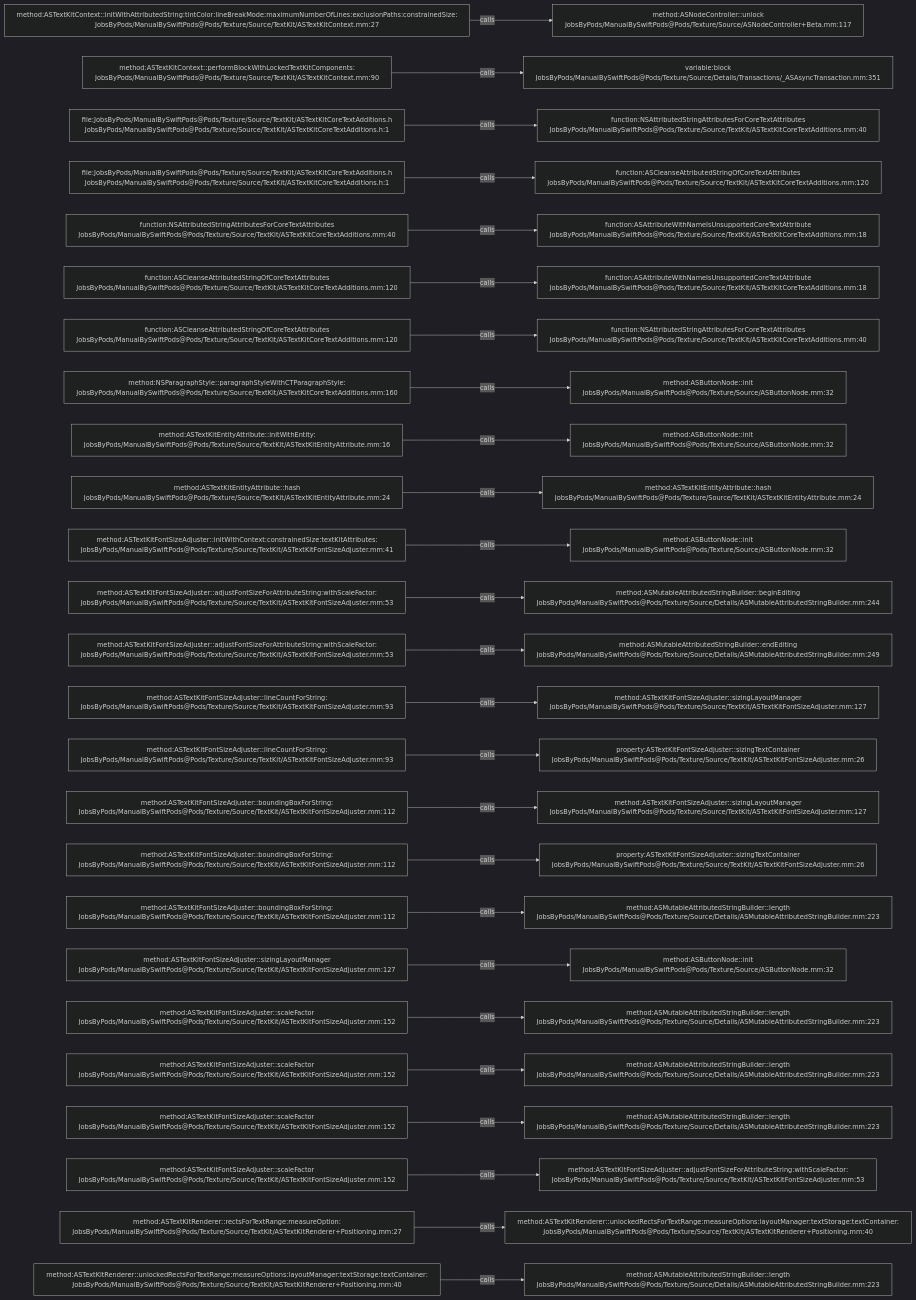
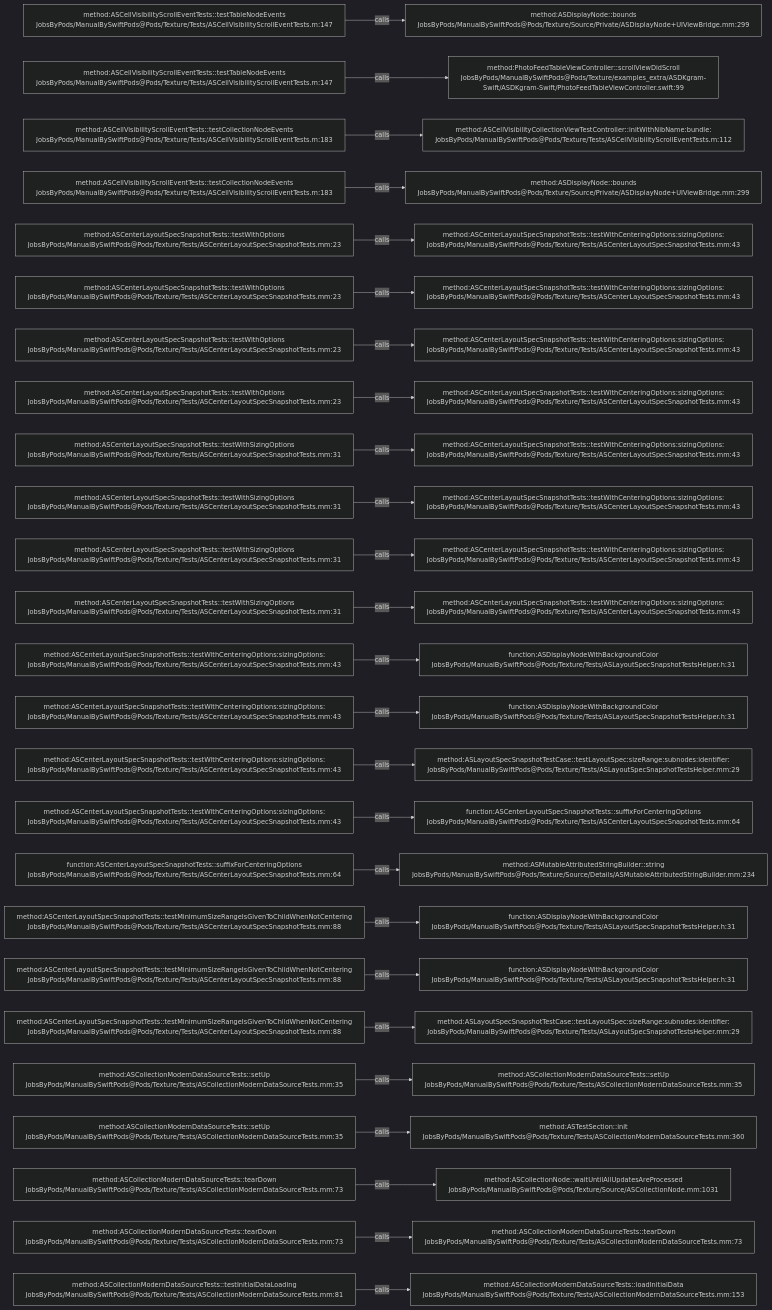
The diagram in .codegraph/codegraph.md/graphs/calls-167.md (JobsKits/JobsSwiftBaseConfigDemo), drawn with Mermaid (dark theme) before and after one commit. The commit also changed 832 other files, not shown here.

````diff
--- a/.codegraph/codegraph.md/graphs/calls-167.md
+++ b/.codegraph/codegraph.md/graphs/calls-167.md
@@ -13,78 +13,78 @@
 ```mermaid
 flowchart LR
-  S1["method:ASTextKitContext::initWithAttributedString:tintColor:lineBreakMode:maximumNumberOfLines:exclusionPaths:constrainedSize:<br/>JobsByPods/ManualBySwiftPods@Pods/Texture/Source/TextKit/ASTextKitContext.mm:27"]
-  T1["method:ASNodeController::unlock<br/>JobsByPods/ManualBySwiftPods@Pods/Texture/Source/ASNodeController+Beta.mm:117"]
+  S1["method:ASCellVisibilityScrollEventTests::testTableNodeEvents<br/>JobsByPods/ManualBySwiftPods@Pods/Texture/Tests/ASCellVisibilityScrollEventTests.m:147"]
+  T1["method:ASDisplayNode::bounds<br/>JobsByPods/ManualBySwiftPods@Pods/Texture/Source/Private/ASDisplayNode+UIViewBridge.mm:299"]
   S1 -->|calls| T1
-  S2["method:ASTextKitContext::performBlockWithLockedTextKitComponents:<br/>JobsByPods/ManualBySwiftPods@Pods/Texture/Source/TextKit/ASTextKitContext.mm:90"]
-  T2["variable:block<br/>JobsByPods/ManualBySwiftPods@Pods/Texture/Source/Details/Transactions/_ASAsyncTransaction.mm:351"]
+  S2["method:ASCellVisibilityScrollEventTests::testTableNodeEvents<br/>JobsByPods/ManualBySwiftPods@Pods/Texture/Tests/ASCellVisibilityScrollEventTests.m:147"]
+  T2["method:PhotoFeedTableViewController::scrollViewDidScroll<br/>JobsByPods/ManualBySwiftPods@Pods/Texture/examples_extra/ASDKgram-Swift/ASDKgram-Swift/PhotoFeedTableViewController.swift:99"]
   S2 -->|calls| T2
-  S3["file:JobsByPods/ManualBySwiftPods@Pods/Texture/Source/TextKit/ASTextKitCoreTextAdditions.h<br/>JobsByPods/ManualBySwiftPods@Pods/Texture/Source/TextKit/ASTextKitCoreTextAdditions.h:1"]
-  T3["function:NSAttributedStringAttributesForCoreTextAttributes<br/>JobsByPods/ManualBySwiftPods@Pods/Texture/Source/TextKit/ASTextKitCoreTextAdditions.mm:40"]
+  S3["method:ASCellVisibilityScrollEventTests::testCollectionNodeEvents<br/>JobsByPods/ManualBySwiftPods@Pods/Texture/Tests/ASCellVisibilityScrollEventTests.m:183"]
+  T3["method:ASCellVisibilityCollectionViewTestController::initWithNibName:bundle:<br/>JobsByPods/ManualBySwiftPods@Pods/Texture/Tests/ASCellVisibilityScrollEventTests.m:112"]
   S3 -->|calls| T3
-  S4["file:JobsByPods/ManualBySwiftPods@Pods/Texture/Source/TextKit/ASTextKitCoreTextAdditions.h<br/>JobsByPods/ManualBySwiftPods@Pods/Texture/Source/TextKit/ASTextKitCoreTextAdditions.h:1"]
-  T4["function:ASCleanseAttributedStringOfCoreTextAttributes<br/>JobsByPods/ManualBySwiftPods@Pods/Texture/Source/TextKit/ASTextKitCoreTextAdditions.mm:120"]
+  S4["method:ASCellVisibilityScrollEventTests::testCollectionNodeEvents<br/>JobsByPods/ManualBySwiftPods@Pods/Texture/Tests/ASCellVisibilityScrollEventTests.m:183"]
+  T4["method:ASDisplayNode::bounds<br/>JobsByPods/ManualBySwiftPods@Pods/Texture/Source/Private/ASDisplayNode+UIViewBridge.mm:299"]
   S4 -->|calls| T4
-  S5["function:NSAttributedStringAttributesForCoreTextAttributes<br/>JobsByPods/ManualBySwiftPods@Pods/Texture/Source/TextKit/ASTextKitCoreTextAdditions.mm:40"]
-  T5["function:ASAttributeWithNameIsUnsupportedCoreTextAttribute<br/>JobsByPods/ManualBySwiftPods@Pods/Texture/Source/TextKit/ASTextKitCoreTextAdditions.mm:18"]
+  S5["method:ASCenterLayoutSpecSnapshotTests::testWithOptions<br/>JobsByPods/ManualBySwiftPods@Pods/Texture/Tests/ASCenterLayoutSpecSnapshotTests.mm:23"]
+  T5["method:ASCenterLayoutSpecSnapshotTests::testWithCenteringOptions:sizingOptions:<br/>JobsByPods/ManualBySwiftPods@Pods/Texture/Tests/ASCenterLayoutSpecSnapshotTests.mm:43"]
   S5 -->|calls| T5
-  S6["function:ASCleanseAttributedStringOfCoreTextAttributes<br/>JobsByPods/ManualBySwiftPods@Pods/Texture/Source/TextKit/ASTextKitCoreTextAdditions.mm:120"]
-  T6["function:ASAttributeWithNameIsUnsupportedCoreTextAttribute<br/>JobsByPods/ManualBySwiftPods@Pods/Texture/Source/TextKit/ASTextKitCoreTextAdditions.mm:18"]
+  S6["method:ASCenterLayoutSpecSnapshotTests::testWithOptions<br/>JobsByPods/ManualBySwiftPods@Pods/Texture/Tests/ASCenterLayoutSpecSnapshotTests.mm:23"]
+  T6["method:ASCenterLayoutSpecSnapshotTests::testWithCenteringOptions:sizingOptions:<br/>JobsByPods/ManualBySwiftPods@Pods/Texture/Tests/ASCenterLayoutSpecSnapshotTests.mm:43"]
   S6 -->|calls| T6
-  S7["function:ASCleanseAttributedStringOfCoreTextAttributes<br/>JobsByPods/ManualBySwiftPods@Pods/Texture/Source/TextKit/ASTextKitCoreTextAdditions.mm:120"]
-  T7["function:NSAttributedStringAttributesForCoreTextAttributes<br/>JobsByPods/ManualBySwiftPods@Pods/Texture/Source/TextKit/ASTextKitCoreTextAdditions.mm:40"]
+  S7["method:ASCenterLayoutSpecSnapshotTests::testWithOptions<br/>JobsByPods/ManualBySwiftPods@Pods/Texture/Tests/ASCenterLayoutSpecSnapshotTests.mm:23"]
+  T7["method:ASCenterLayoutSpecSnapshotTests::testWithCenteringOptions:sizingOptions:<br/>JobsByPods/ManualBySwiftPods@Pods/Texture/Tests/ASCenterLayoutSpecSnapshotTests.mm:43"]
   S7 -->|calls| T7
-  S8["method:NSParagraphStyle::paragraphStyleWithCTParagraphStyle:<br/>JobsByPods/ManualBySwiftPods@Pods/Texture/Source/TextKit/ASTextKitCoreTextAdditions.mm:160"]
-  T8["method:ASButtonNode::init<br/>JobsByPods/ManualBySwiftPods@Pods/Texture/Source/ASButtonNode.mm:32"]
+  S8["method:ASCenterLayoutSpecSnapshotTests::testWithOptions<br/>JobsByPods/ManualBySwiftPods@Pods/Texture/Tests/ASCenterLayoutSpecSnapshotTests.mm:23"]
+  T8["method:ASCenterLayoutSpecSnapshotTests::testWithCenteringOptions:sizingOptions:<br/>JobsByPods/ManualBySwiftPods@Pods/Texture/Tests/ASCenterLayoutSpecSnapshotTests.mm:43"]
   S8 -->|calls| T8
-  S9["method:ASTextKitEntityAttribute::initWithEntity:<br/>JobsByPods/ManualBySwiftPods@Pods/Texture/Source/TextKit/ASTextKitEntityAttribute.mm:16"]
-  T9["method:ASButtonNode::init<br/>JobsByPods/ManualBySwiftPods@Pods/Texture/Source/ASButtonNode.mm:32"]
+  S9["method:ASCenterLayoutSpecSnapshotTests::testWithSizingOptions<br/>JobsByPods/ManualBySwiftPods@Pods/Texture/Tests/ASCenterLayoutSpecSnapshotTests.mm:31"]
+  T9["method:ASCenterLayoutSpecSnapshotTests::testWithCenteringOptions:sizingOptions:<br/>JobsByPods/ManualBySwiftPods@Pods/Texture/Tests/ASCenterLayoutSpecSnapshotTests.mm:43"]
   S9 -->|calls| T9
-  S10["method:ASTextKitEntityAttribute::hash<br/>JobsByPods/ManualBySwiftPods@Pods/Texture/Source/TextKit/ASTextKitEntityAttribute.mm:24"]
-  T10["method:ASTextKitEntityAttribute::hash<br/>JobsByPods/ManualBySwiftPods@Pods/Texture/Source/TextKit/ASTextKitEntityAttribute.mm:24"]
+  S10["method:ASCenterLayoutSpecSnapshotTests::testWithSizingOptions<br/>JobsByPods/ManualBySwiftPods@Pods/Texture/Tests/ASCenterLayoutSpecSnapshotTests.mm:31"]
+  T10["method:ASCenterLayoutSpecSnapshotTests::testWithCenteringOptions:sizingOptions:<br/>JobsByPods/ManualBySwiftPods@Pods/Texture/Tests/ASCenterLayoutSpecSnapshotTests.mm:43"]
   S10 -->|calls| T10
-  S11["method:ASTextKitFontSizeAdjuster::initWithContext:constrainedSize:textKitAttributes:<br/>JobsByPods/ManualBySwiftPods@Pods/Texture/Source/TextKit/ASTextKitFontSizeAdjuster.mm:41"]
-  T11["method:ASButtonNode::init<br/>JobsByPods/ManualBySwiftPods@Pods/Texture/Source/ASButtonNode.mm:32"]
+  S11["method:ASCenterLayoutSpecSnapshotTests::testWithSizingOptions<br/>JobsByPods/ManualBySwiftPods@Pods/Texture/Tests/ASCenterLayoutSpecSnapshotTests.mm:31"]
+  T11["method:ASCenterLayoutSpecSnapshotTests::testWithCenteringOptions:sizingOptions:<br/>JobsByPods/ManualBySwiftPods@Pods/Texture/Tests/ASCenterLayoutSpecSnapshotTests.mm:43"]
   S11 -->|calls| T11
-  S12["method:ASTextKitFontSizeAdjuster::adjustFontSizeForAttributeString:withScaleFactor:<br/>JobsByPods/ManualBySwiftPods@Pods/Texture/Source/TextKit/ASTextKitFontSizeAdjuster.mm:53"]
-  T12["method:ASMutableAttributedStringBuilder::beginEditing<br/>JobsByPods/ManualBySwiftPods@Pods/Texture/Source/Details/ASMutableAttributedStringBuilder.mm:244"]
+  S12["method:ASCenterLayoutSpecSnapshotTests::testWithSizingOptions<br/>JobsByPods/ManualBySwiftPods@Pods/Texture/Tests/ASCenterLayoutSpecSnapshotTests.mm:31"]
+  T12["method:ASCenterLayoutSpecSnapshotTests::testWithCenteringOptions:sizingOptions:<br/>JobsByPods/ManualBySwiftPods@Pods/Texture/Tests/ASCenterLayoutSpecSnapshotTests.mm:43"]
   S12 -->|calls| T12
-  S13["method:ASTextKitFontSizeAdjuster::adjustFontSizeForAttributeString:withScaleFactor:<br/>JobsByPods/ManualBySwiftPods@Pods/Texture/Source/TextKit/ASTextKitFontSizeAdjuster.mm:53"]
-  T13["method:ASMutableAttributedStringBuilder::endEditing<br/>JobsByPods/ManualBySwiftPods@Pods/Texture/Source/Details/ASMutableAttributedStringBuilder.mm:249"]
+  S13["method:ASCenterLayoutSpecSnapshotTests::testWithCenteringOptions:sizingOptions:<br/>JobsByPods/ManualBySwiftPods@Pods/Texture/Tests/ASCenterLayoutSpecSnapshotTests.mm:43"]
+  T13["function:ASDisplayNodeWithBackgroundColor<br/>JobsByPods/ManualBySwiftPods@Pods/Texture/Tests/ASLayoutSpecSnapshotTestsHelper.h:31"]
   S13 -->|calls| T13
-  S14["method:ASTextKitFontSizeAdjuster::lineCountForString:<br/>JobsByPods/ManualBySwiftPods@Pods/Texture/Source/TextKit/ASTextKitFontSizeAdjuster.mm:93"]
-  T14["method:ASTextKitFontSizeAdjuster::sizingLayoutManager<br/>JobsByPods/ManualBySwiftPods@Pods/Texture/Source/TextKit/ASTextKitFontSizeAdjuster.mm:127"]
+  S14["method:ASCenterLayoutSpecSnapshotTests::testWithCenteringOptions:sizingOptions:<br/>JobsByPods/ManualBySwiftPods@Pods/Texture/Tests/ASCenterLayoutSpecSnapshotTests.mm:43"]
+  T14["function:ASDisplayNodeWithBackgroundColor<br/>JobsByPods/ManualBySwiftPods@Pods/Texture/Tests/ASLayoutSpecSnapshotTestsHelper.h:31"]
   S14 -->|calls| T14
-  S15["method:ASTextKitFontSizeAdjuster::lineCountForString:<br/>JobsByPods/ManualBySwiftPods@Pods/Texture/Source/TextKit/ASTextKitFontSizeAdjuster.mm:93"]
-  T15["property:ASTextKitFontSizeAdjuster::sizingTextContainer<br/>JobsByPods/ManualBySwiftPods@Pods/Texture/Source/TextKit/ASTextKitFontSizeAdjuster.mm:26"]
+  S15["method:ASCenterLayoutSpecSnapshotTests::testWithCenteringOptions:sizingOptions:<br/>JobsByPods/ManualBySwiftPods@Pods/Texture/Tests/ASCenterLayoutSpecSnapshotTests.mm:43"]
+  T15["method:ASLayoutSpecSnapshotTestCase::testLayoutSpec:sizeRange:subnodes:identifier:<br/>JobsByPods/ManualBySwiftPods@Pods/Texture/Tests/ASLayoutSpecSnapshotTestsHelper.mm:29"]
   S15 -->|calls| T15
-  S16["method:ASTextKitFontSizeAdjuster::boundingBoxForString:<br/>JobsByPods/ManualBySwiftPods@Pods/Texture/Source/TextKit/ASTextKitFontSizeAdjuster.mm:112"]
-  T16["method:ASTextKitFontSizeAdjuster::sizingLayoutManager<br/>JobsByPods/ManualBySwiftPods@Pods/Texture/Source/TextKit/ASTextKitFontSizeAdjuster.mm:127"]
+  S16["method:ASCenterLayoutSpecSnapshotTests::testWithCenteringOptions:sizingOptions:<br/>JobsByPods/ManualBySwiftPods@Pods/Texture/Tests/ASCenterLayoutSpecSnapshotTests.mm:43"]
+  T16["function:ASCenterLayoutSpecSnapshotTests::suffixForCenteringOptions<br/>JobsByPods/ManualBySwiftPods@Pods/Texture/Tests/ASCenterLayoutSpecSnapshotTests.mm:64"]
   S16 -->|calls| T16
-  S17["method:ASTextKitFontSizeAdjuster::boundingBoxForString:<br/>JobsByPods/ManualBySwiftPods@Pods/Texture/Source/TextKit/ASTextKitFontSizeAdjuster.mm:112"]
-  T17["property:ASTextKitFontSizeAdjuster::sizingTextContainer<br/>JobsByPods/ManualBySwiftPods@Pods/Texture/Source/TextKit/ASTextKitFontSizeAdjuster.mm:26"]
+  S17["function:ASCenterLayoutSpecSnapshotTests::suffixForCenteringOptions<br/>JobsByPods/ManualBySwiftPods@Pods/Texture/Tests/ASCenterLayoutSpecSnapshotTests.mm:64"]
+  T17["method:ASMutableAttributedStringBuilder::string<br/>JobsByPods/ManualBySwiftPods@Pods/Texture/Source/Details/ASMutableAttributedStringBuilder.mm:234"]
   S17 -->|calls| T17
-  S18["method:ASTextKitFontSizeAdjuster::boundingBoxForString:<br/>JobsByPods/ManualBySwiftPods@Pods/Texture/Source/TextKit/ASTextKitFontSizeAdjuster.mm:112"]
-  T18["method:ASMutableAttributedStringBuilder::length<br/>JobsByPods/ManualBySwiftPods@Pods/Texture/Source/Details/ASMutableAttributedStringBuilder.mm:223"]
+  S18["method:ASCenterLayoutSpecSnapshotTests::testMinimumSizeRangeIsGivenToChildWhenNotCentering<br/>JobsByPods/ManualBySwiftPods@Pods/Texture/Tests/ASCenterLayoutSpecSnapshotTests.mm:88"]
+  T18["function:ASDisplayNodeWithBackgroundColor<br/>JobsByPods/ManualBySwiftPods@Pods/Texture/Tests/ASLayoutSpecSnapshotTestsHelper.h:31"]
   S18 -->|calls| T18
-  S19["method:ASTextKitFontSizeAdjuster::sizingLayoutManager<br/>JobsByPods/ManualBySwiftPods@Pods/Texture/Source/TextKit/ASTextKitFontSizeAdjuster.mm:127"]
-  T19["method:ASButtonNode::init<br/>JobsByPods/ManualBySwiftPods@Pods/Texture/Source/ASButtonNode.mm:32"]
+  S19["method:ASCenterLayoutSpecSnapshotTests::testMinimumSizeRangeIsGivenToChildWhenNotCentering<br/>JobsByPods/ManualBySwiftPods@Pods/Texture/Tests/ASCenterLayoutSpecSnapshotTests.mm:88"]
+  T19["function:ASDisplayNodeWithBackgroundColor<br/>JobsByPods/ManualBySwiftPods@Pods/Texture/Tests/ASLayoutSpecSnapshotTestsHelper.h:31"]
   S19 -->|calls| T19
-  S20["method:ASTextKitFontSizeAdjuster::scaleFactor<br/>JobsByPods/ManualBySwiftPods@Pods/Texture/Source/TextKit/ASTextKitFontSizeAdjuster.mm:152"]
-  T20["method:ASMutableAttributedStringBuilder::length<br/>JobsByPods/ManualBySwiftPods@Pods/Texture/Source/Details/ASMutableAttributedStringBuilder.mm:223"]
+  S20["method:ASCenterLayoutSpecSnapshotTests::testMinimumSizeRangeIsGivenToChildWhenNotCentering<br/>JobsByPods/ManualBySwiftPods@Pods/Texture/Tests/ASCenterLayoutSpecSnapshotTests.mm:88"]
+  T20["method:ASLayoutSpecSnapshotTestCase::testLayoutSpec:sizeRange:subnodes:identifier:<br/>JobsByPods/ManualBySwiftPods@Pods/Texture/Tests/ASLayoutSpecSnapshotTestsHelper.mm:29"]
   S20 -->|calls| T20
-  S21["method:ASTextKitFontSizeAdjuster::scaleFactor<br/>JobsByPods/ManualBySwiftPods@Pods/Texture/Source/TextKit/ASTextKitFontSizeAdjuster.mm:152"]
-  T21["method:ASMutableAttributedStringBuilder::length<br/>JobsByPods/ManualBySwiftPods@Pods/Texture/Source/Details/ASMutableAttributedStringBuilder.mm:223"]
+  S21["method:ASCollectionModernDataSourceTests::setUp<br/>JobsByPods/ManualBySwiftPods@Pods/Texture/Tests/ASCollectionModernDataSourceTests.mm:35"]
+  T21["method:ASCollectionModernDataSourceTests::setUp<br/>JobsByPods/ManualBySwiftPods@Pods/Texture/Tests/ASCollectionModernDataSourceTests.mm:35"]
   S21 -->|calls| T21
-  S22["method:ASTextKitFontSizeAdjuster::scaleFactor<br/>JobsByPods/ManualBySwiftPods@Pods/Texture/Source/TextKit/ASTextKitFontSizeAdjuster.mm:152"]
-  T22["method:ASMutableAttributedStringBuilder::length<br/>JobsByPods/ManualBySwiftPods@Pods/Texture/Source/Details/ASMutableAttributedStringBuilder.mm:223"]
+  S22["method:ASCollectionModernDataSourceTests::setUp<br/>JobsByPods/ManualBySwiftPods@Pods/Texture/Tests/ASCollectionModernDataSourceTests.mm:35"]
+  T22["method:ASTestSection::init<br/>JobsByPods/ManualBySwiftPods@Pods/Texture/Tests/ASCollectionModernDataSourceTests.mm:360"]
   S22 -->|calls| T22
-  S23["method:ASTextKitFontSizeAdjuster::scaleFactor<br/>JobsByPods/ManualBySwiftPods@Pods/Texture/Source/TextKit/ASTextKitFontSizeAdjuster.mm:152"]
-  T23["method:ASTextKitFontSizeAdjuster::adjustFontSizeForAttributeString:withScaleFactor:<br/>JobsByPods/ManualBySwiftPods@Pods/Texture/Source/TextKit/ASTextKitFontSizeAdjuster.mm:53"]
+  S23["method:ASCollectionModernDataSourceTests::tearDown<br/>JobsByPods/ManualBySwiftPods@Pods/Texture/Tests/ASCollectionModernDataSourceTests.mm:73"]
+  T23["method:ASCollectionNode::waitUntilAllUpdatesAreProcessed<br/>JobsByPods/ManualBySwiftPods@Pods/Texture/Source/ASCollectionNode.mm:1031"]
   S23 -->|calls| T23
-  S24["method:ASTextKitRenderer::rectsForTextRange:measureOption:<br/>JobsByPods/ManualBySwiftPods@Pods/Texture/Source/TextKit/ASTextKitRenderer+Positioning.mm:27"]
-  T24["method:ASTextKitRenderer::unlockedRectsForTextRange:measureOptions:layoutManager:textStorage:textContainer:<br/>JobsByPods/ManualBySwiftPods@Pods/Texture/Source/TextKit/ASTextKitRenderer+Positioning.mm:40"]
+  S24["method:ASCollectionModernDataSourceTests::tearDown<br/>JobsByPods/ManualBySwiftPods@Pods/Texture/Tests/ASCollectionModernDataSourceTests.mm:73"]
+  T24["method:ASCollectionModernDataSourceTests::tearDown<br/>JobsByPods/ManualBySwiftPods@Pods/Texture/Tests/ASCollectionModernDataSourceTests.mm:73"]
   S24 -->|calls| T24
-  S25["method:ASTextKitRenderer::unlockedRectsForTextRange:measureOptions:layoutManager:textStorage:textContainer:<br/>JobsByPods/ManualBySwiftPods@Pods/Texture/Source/TextKit/ASTextKitRenderer+Positioning.mm:40"]
-  T25["method:ASMutableAttributedStringBuilder::length<br/>JobsByPods/ManualBySwiftPods@Pods/Texture/Source/Details/ASMutableAttributedStringBuilder.mm:223"]
+  S25["method:ASCollectionModernDataSourceTests::testInitialDataLoading<br/>JobsByPods/ManualBySwiftPods@Pods/Texture/Tests/ASCollectionModernDataSourceTests.mm:81"]
+  T25["method:ASCollectionModernDataSourceTests::loadInitialData<br/>JobsByPods/ManualBySwiftPods@Pods/Texture/Tests/ASCollectionModernDataSourceTests.mm:153"]
   S25 -->|calls| T25
 ```
````
